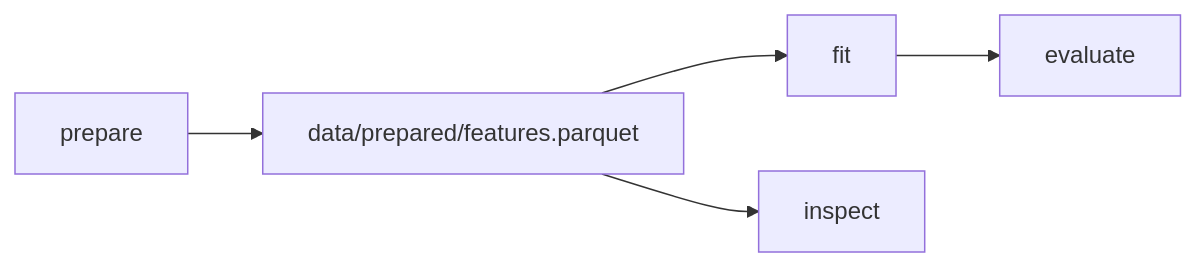
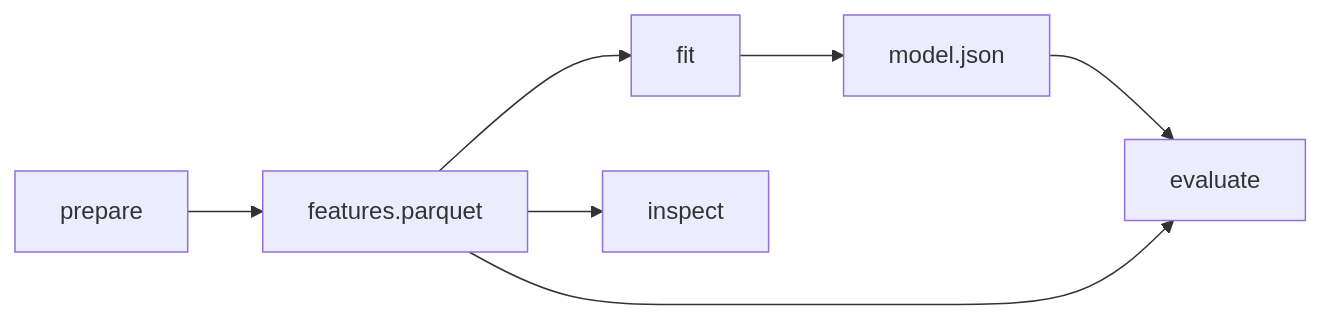
The third of 4 diagrams in programs/reproducible-research/deep-dive-dvc/course-book/module-04-truthful-pipelines-declared-dependencies/safe-pipeline-refactoring-and-shared-outputs.md (bijux/bijux-masterclass), drawn with Mermaid before and after one commit. The commit also changed other lines of this file, not shown here.

````diff
--- a/programs/reproducible-research/deep-dive-dvc/course-book/module-04-truthful-pipelines-declared-dependencies/safe-pipeline-refactoring-and-shared-outputs.md
+++ b/programs/reproducible-research/deep-dive-dvc/course-book/module-04-truthful-pipelines-declared-dependencies/safe-pipeline-refactoring-and-shared-outputs.md
@@ -48,7 +59,9 @@
 ```mermaid
 flowchart LR
-  prepare["prepare"] --> features["data/prepared/features.parquet"]
+  prepare["prepare"] --> features["features.parquet"]
   features --> fit["fit"]
   features --> inspect["inspect"]
-  fit --> evaluate["evaluate"]
+  fit --> model["model.json"]
+  model --> evaluate["evaluate"]
+  features --> evaluate
 ```
````
